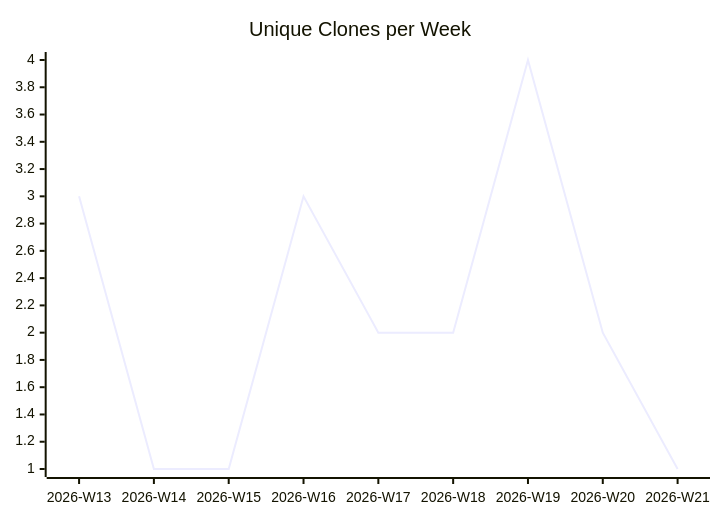
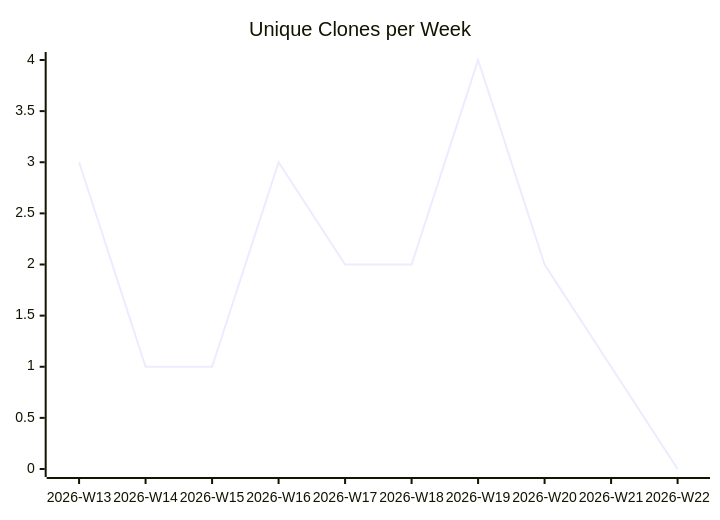
Before and after one commit to justdavis-family/github-analytics-data: the third of 3 diagrams in karlmdavis/perfect-note/README.md, drawn with Mermaid. The commit also changed other lines of this file and 190 other files, not shown here.

````diff
--- a/karlmdavis/perfect-note/README.md
+++ b/karlmdavis/perfect-note/README.md
@@ -19,6 +19,6 @@
 ```mermaid
 xychart-beta
   title "Unique Clones per Week"
-  x-axis ["2026-W13", "2026-W14", "2026-W15", "2026-W16", "2026-W17", "2026-W18", "2026-W19", "2026-W20", "2026-W21"]
-  line [3, 1, 1, 3, 2, 2, 4, 2, 1]
+  x-axis ["2026-W13", "2026-W14", "2026-W15", "2026-W16", "2026-W17", "2026-W18", "2026-W19", "2026-W20", "2026-W21", "2026-W22"]
+  line [3, 1, 1, 3, 2, 2, 4, 2, 1, 0]
 ```
````
